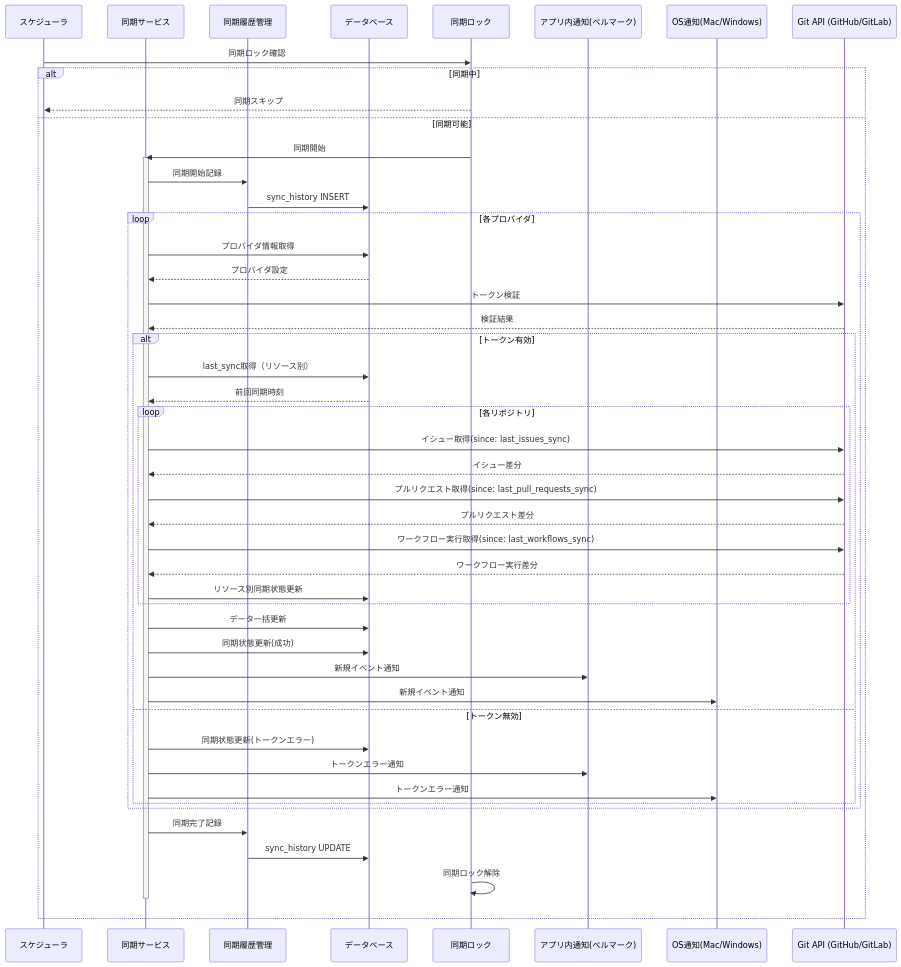
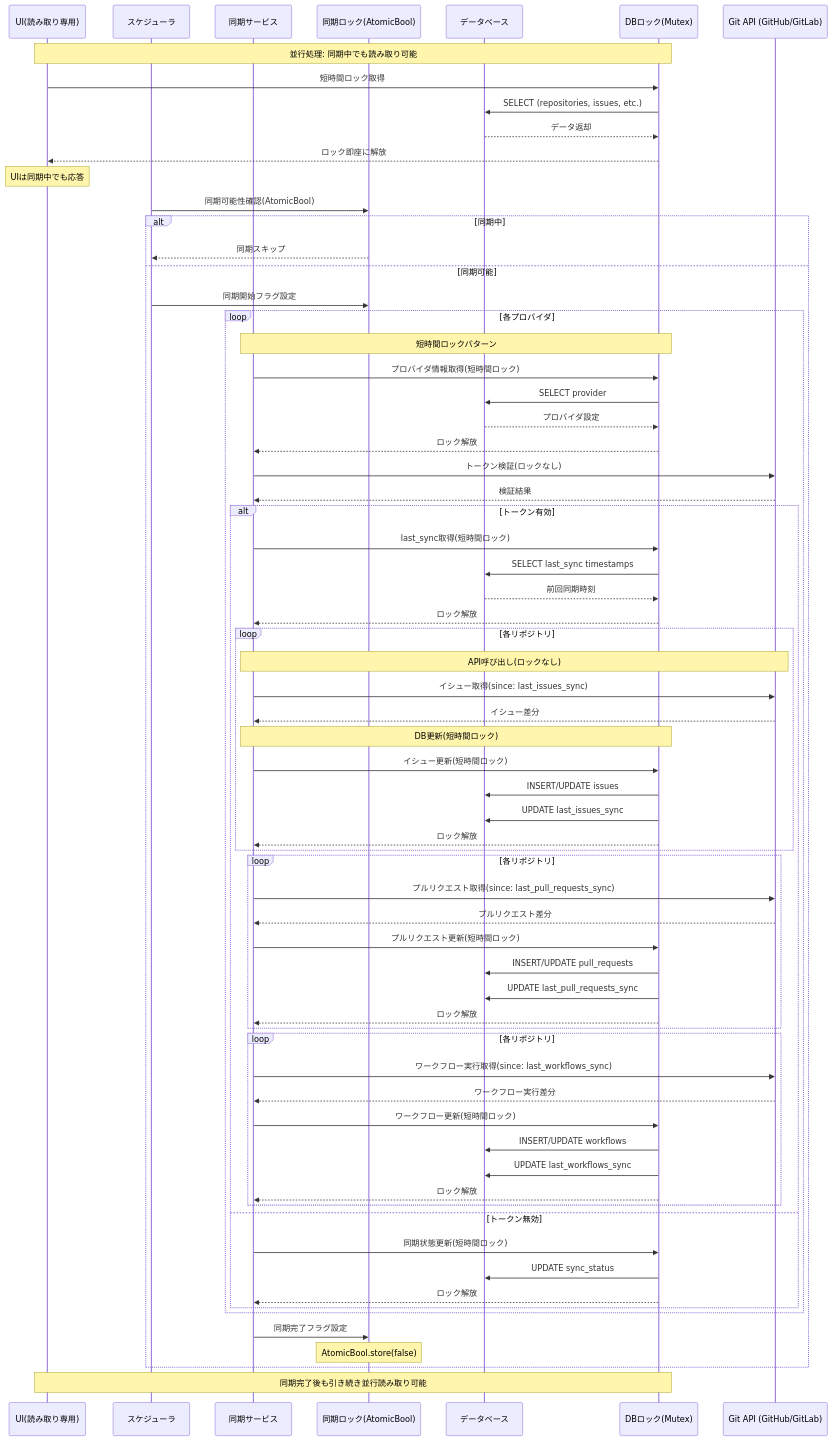
Before and after one commit to aazw/vscode-tauri-app: the diagram in docs/sync.md, drawn with Mermaid. The commit also changed other lines of this file and 2 other files, not shown here.

````diff
--- a/docs/sync.md
+++ b/docs/sync.md
@@ -9,64 +23,85 @@
 ```mermaid
 sequenceDiagram
+    participant UI as UI(読み取り専用)
     participant Scheduler as スケジューラ
     participant SyncService as 同期サービス
-    participant SyncHistory as 同期履歴管理
+    participant SyncLock as 同期ロック(AtomicBool)
     participant DB as データベース
-    participant SyncLock as 同期ロック
-    participant InAppNotif as アプリ内通知(ベルマーク)
-    participant OSNotif as OS通知(Mac/Windows)
+    participant DBLock as DBロック(Mutex)
     participant GitAPI as Git API (GitHub/GitLab)
 
-    Scheduler->>SyncLock: 同期ロック確認
+    Note over UI, DBLock: 並行処理: 同期中でも読み取り可能
+
+    UI->>DBLock: 短時間ロック取得
+    DBLock->>DB: SELECT (repositories, issues, etc.)
+    DB-->>DBLock: データ返却
+    DBLock-->>UI: ロック即座に解放
+    Note over UI: UIは同期中でも応答
+
+    Scheduler->>SyncLock: 同期可能性確認(AtomicBool)
     alt 同期中
         SyncLock-->>Scheduler: 同期スキップ
     else 同期可能
-        SyncLock->>SyncService: 同期開始
-        activate SyncService
-        
-        SyncService->>SyncHistory: 同期開始記録
-        SyncHistory->>DB: sync_history INSERT
+        Scheduler->>SyncLock: 同期開始フラグ設定
         
         loop 各プロバイダ
-            SyncService->>DB: プロバイダ情報取得
-            DB-->>SyncService: プロバイダ設定
+            Note over SyncService, DBLock: 短時間ロックパターン
             
-            SyncService->>GitAPI: トークン検証
+            SyncService->>DBLock: プロバイダ情報取得(短時間ロック)
+            DBLock->>DB: SELECT provider
+            DB-->>DBLock: プロバイダ設定
+            DBLock-->>SyncService: ロック解放
+            
+            SyncService->>GitAPI: トークン検証(ロックなし)
             GitAPI-->>SyncService: 検証結果
             
             alt トークン有効
-                SyncService->>DB: last_sync取得（リソース別）
-                DB-->>SyncService: 前回同期時刻
+                SyncService->>DBLock: last_sync取得(短時間ロック)
+                DBLock->>DB: SELECT last_sync timestamps
+                DB-->>DBLock: 前回同期時刻
+                DBLock-->>SyncService: ロック解放
                 
                 loop 各リポジトリ
+                    Note over SyncService, GitAPI: API呼び出し(ロックなし)
                     SyncService->>GitAPI: イシュー取得(since: last_issues_sync)
                     GitAPI-->>SyncService: イシュー差分
                     
+                    Note over SyncService, DBLock: DB更新(短時間ロック)
+                    SyncService->>DBLock: イシュー更新(短時間ロック)
+                    DBLock->>DB: INSERT/UPDATE issues
+                    DBLock->>DB: UPDATE last_issues_sync
+                    DBLock-->>SyncService: ロック解放
+                end
+                    
+                loop 各リポジトリ
                     SyncService->>GitAPI: プルリクエスト取得(since: last_pull_requests_sync)
                     GitAPI-->>SyncService: プルリクエスト差分
                     
+                    SyncService->>DBLock: プルリクエスト更新(短時間ロック)
+                    DBLock->>DB: INSERT/UPDATE pull_requests
+                    DBLock->>DB: UPDATE last_pull_requests_sync
+                    DBLock-->>SyncService: ロック解放
+                end
+                    
+                loop 各リポジトリ
                     SyncService->>GitAPI: ワークフロー実行取得(since: last_workflows_sync)
                     GitAPI-->>SyncService: ワークフロー実行差分
                     
-                    SyncService->>DB: リソース別同期状態更新
+                    SyncService->>DBLock: ワークフロー更新(短時間ロック)
+                    DBLock->>DB: INSERT/UPDATE workflows
+                    DBLock->>DB: UPDATE last_workflows_sync
+                    DBLock-->>SyncService: ロック解放
                 end
-                
-                SyncService->>DB: データ一括更新
-                SyncService->>DB: 同期状態更新(成功)
-                
-                SyncService->>InAppNotif: 新規イベント通知
-                SyncService->>OSNotif: 新規イベント通知
             else トークン無効
-                SyncService->>DB: 同期状態更新(トークンエラー)
-                SyncService->>InAppNotif: トークンエラー通知
-                SyncService->>OSNotif: トークンエラー通知
+                SyncService->>DBLock: 同期状態更新(短時間ロック)
+                DBLock->>DB: UPDATE sync_status
+                DBLock-->>SyncService: ロック解放
             end
         end
         
-        SyncService->>SyncHistory: 同期完了記録
-        SyncHistory->>DB: sync_history UPDATE
-        SyncLock->>SyncLock: 同期ロック解除
-        
-        deactivate SyncService
+        SyncService->>SyncLock: 同期完了フラグ設定
+        Note over SyncLock: AtomicBool.store(false)
     end
+
+    Note over UI, DBLock: 同期完了後も引き続き並行読み取り可能
 ```
````
